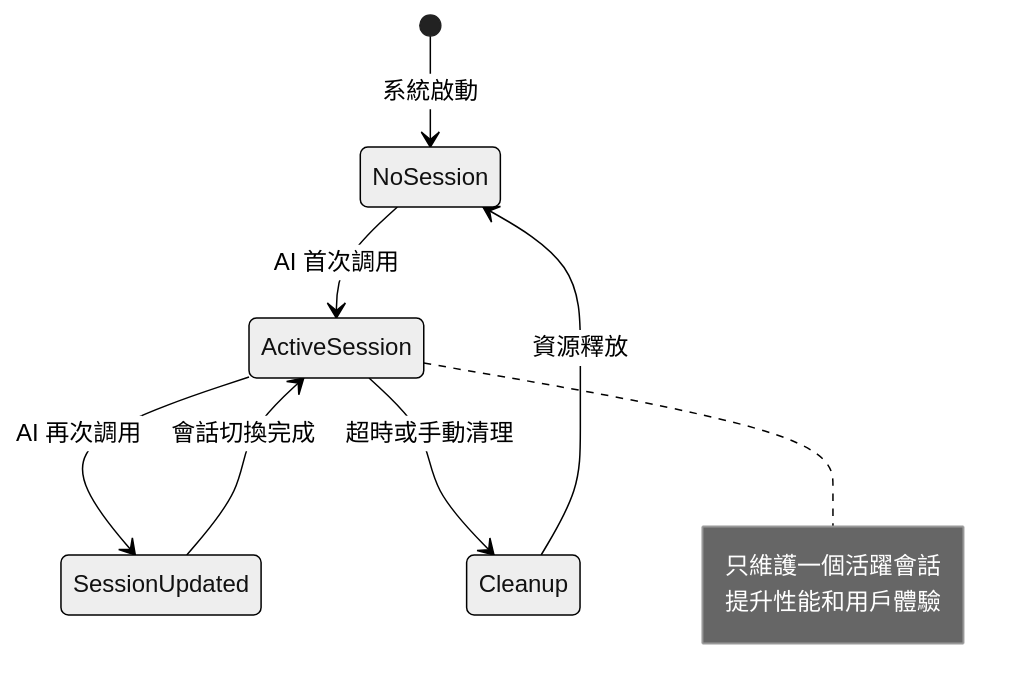
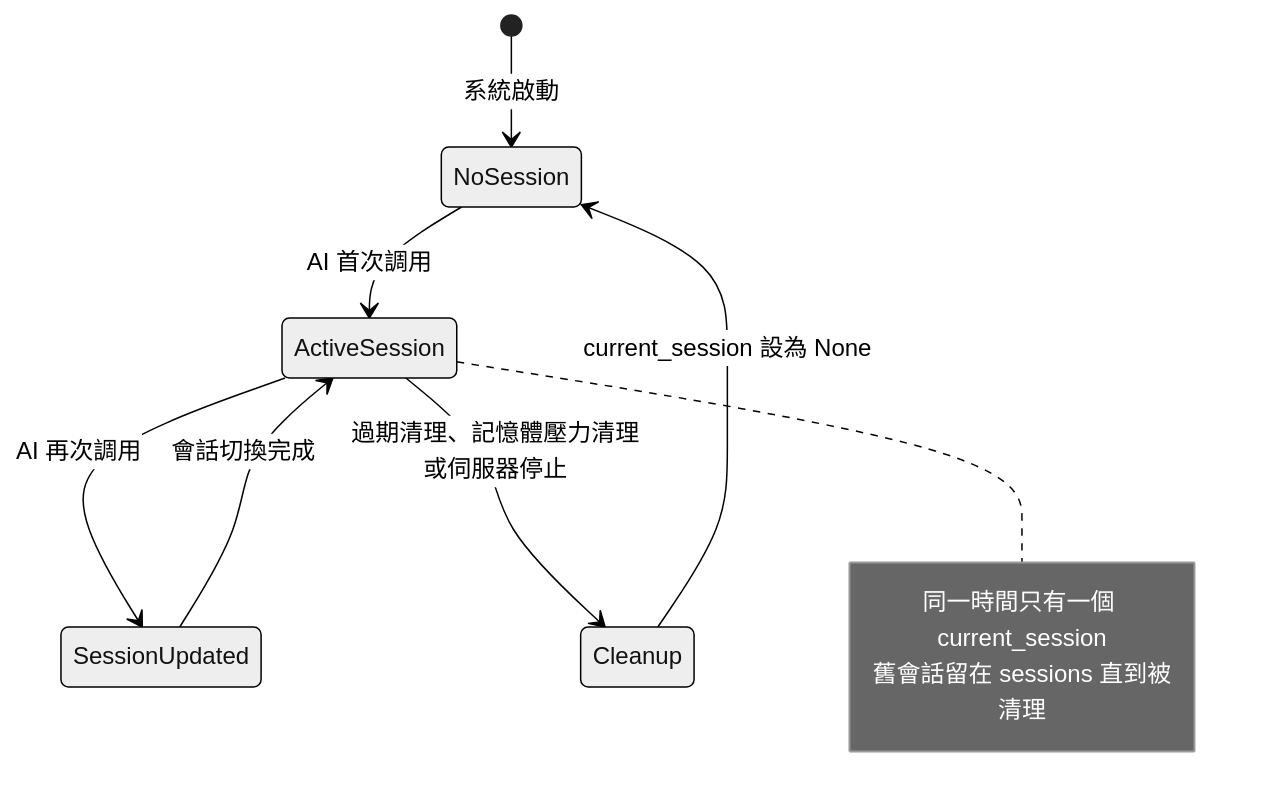
Before and after one commit to CloudEngineHub/mcp-feedback-enhanced: the second of 8 diagrams in docs/architecture/system-overview.md, drawn with Mermaid (neutral theme). The commit also changed other lines of this file, not shown here.

````diff
--- a/docs/architecture/system-overview.md
+++ b/docs/architecture/system-overview.md
@@ -193,14 +193,14 @@
 ```mermaid
 stateDiagram-v2
     [*] --> NoSession: 系統啟動
     NoSession --> ActiveSession: AI 首次調用
     ActiveSession --> SessionUpdated: AI 再次調用
     SessionUpdated --> ActiveSession: 會話切換完成
-    ActiveSession --> Cleanup: 超時或手動清理
-    Cleanup --> NoSession: 資源釋放
+    ActiveSession --> Cleanup: 過期清理、記憶體壓力清理或伺服器停止
+    Cleanup --> NoSession: current_session 設為 None
 
     note right of ActiveSession
-        只維護一個活躍會話
-        提升性能和用戶體驗
+        同一時間只有一個 current_session
+        舊會話留在 sessions 直到被清理
     end note
 ```
````
